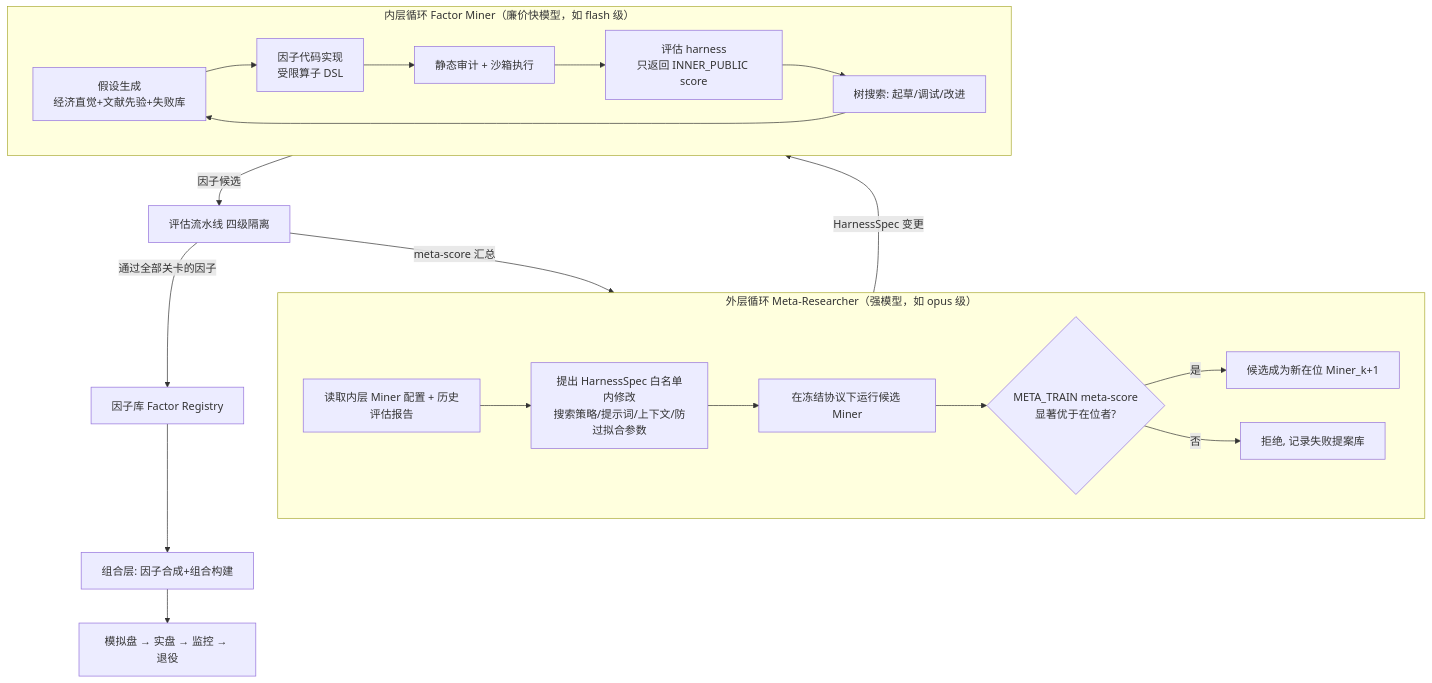
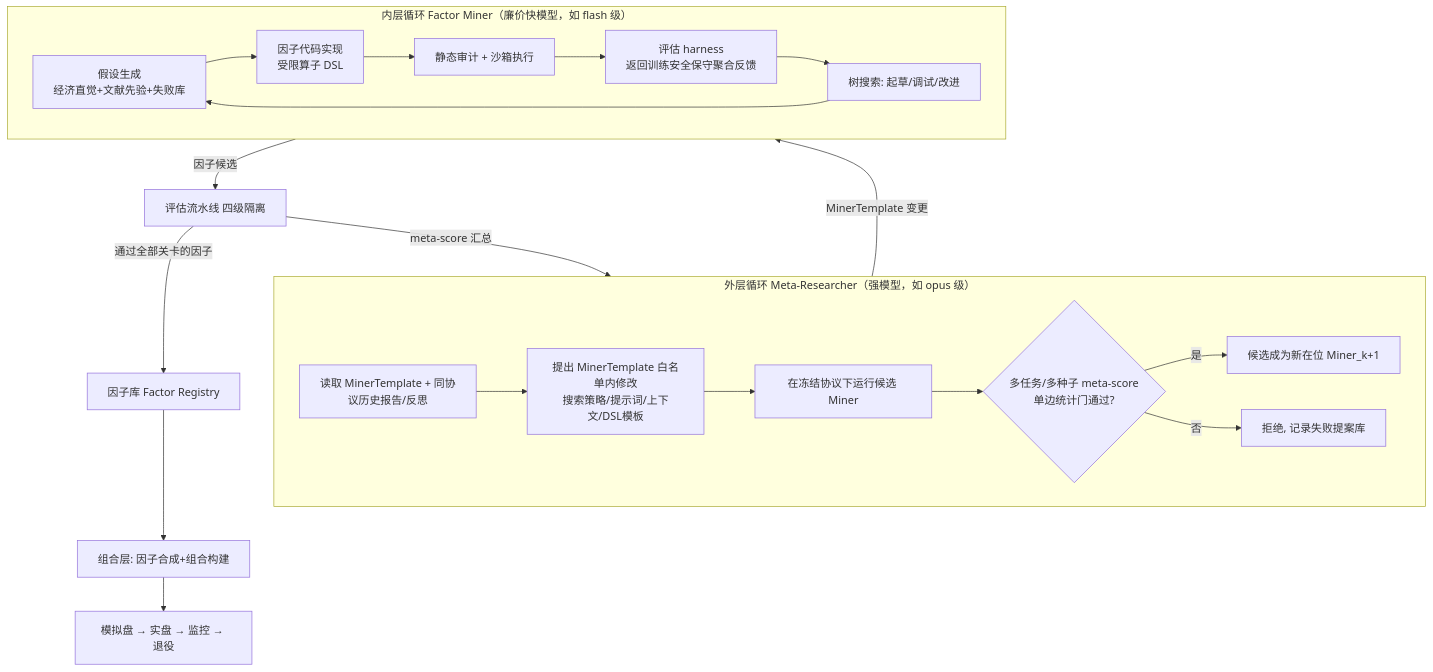
One commit to khakhasshi/USStockFactorFactory changed the diagram in DESIGN.md. Above: the diagram before and after it, drawn with Mermaid. The commit also changed other lines of this file and 14 other files, not shown here.

````diff
--- a/DESIGN.md
+++ b/DESIGN.md
@@ -23,25 +23,25 @@
 ```mermaid
 flowchart TB
     subgraph OUTER["外层循环 Meta-Researcher（强模型，如 opus 级）"]
-        O1[读取内层 Miner 配置 + 历史评估报告] --> O2[提出 HarnessSpec 白名单内修改<br/>搜索策略/提示词/上下文/防过拟合参数]
+        O1[读取 MinerTemplate + 同协议历史报告/反思] --> O2[提出 MinerTemplate 白名单内修改<br/>搜索策略/提示词/上下文/DSL模板]
         O2 --> O3[在冻结协议下运行候选 Miner]
-        O3 --> O4{META_TRAIN meta-score<br/>显著优于在位者?}
+        O3 --> O4{多任务/多种子 meta-score<br/>单边统计门通过?}
         O4 -->|是| O5[候选成为新在位 Miner_k+1]
         O4 -->|否| O6[拒绝, 记录失败提案库]
     end
 
     subgraph INNER["内层循环 Factor Miner（廉价快模型，如 flash 级）"]
         I1[假设生成<br/>经济直觉+文献先验+失败库] --> I2[因子代码实现<br/>受限算子 DSL]
         I2 --> I3[静态审计 + 沙箱执行]
-        I3 --> I4[评估 harness<br/>只返回 INNER_PUBLIC score]
+        I3 --> I4[评估 harness<br/>返回训练安全保守聚合反馈]
         I4 --> I5[树搜索: 起草/调试/改进]
         I5 --> I1
     end
 
-    OUTER -->|HarnessSpec 变更| INNER
+    OUTER -->|MinerTemplate 变更| INNER
     INNER -->|因子候选| EVAL[评估流水线 四级隔离]
     EVAL -->|meta-score 汇总| OUTER
     EVAL -->|通过全部关卡的因子| LIB[因子库 Factor Registry]
     LIB --> COMBINE[组合层: 因子合成+组合构建]
     COMBINE --> PROD[模拟盘 → 实盘 → 监控 → 退役]
 ```
````
